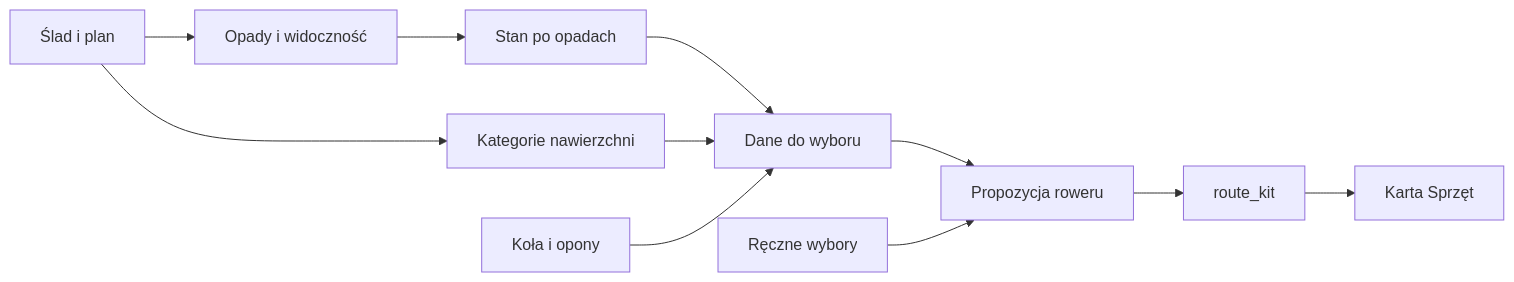
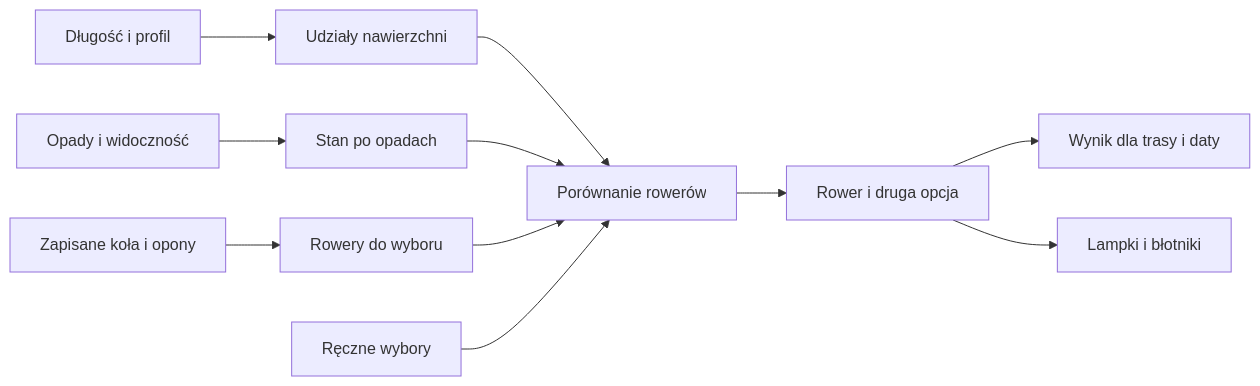
One commit to QbotMS/QbotQ changed the diagram in docs/wiki/garaz/wybor-roweru.md. Above: the diagram before and after it, drawn with Mermaid. The commit also changed other lines of this file and 153 other files, not shown here.

````diff
--- a/docs/wiki/garaz/wybor-roweru.md
+++ b/docs/wiki/garaz/wybor-roweru.md
@@ -29,13 +44,13 @@
 ```mermaid
 flowchart LR
-  Trasa[Ślad i plan] --> Pogoda[Opady i widoczność]
-  Trasa --> Nawierzchnia[Kategorie nawierzchni]
-  Pogoda --> Stan[Stan po opadach]
-  Stan --> Wejscie[Dane do wyboru]
-  Nawierzchnia --> Wejscie
-  Opony[Koła i opony] --> Wejscie
-  Wejscie --> AI[Propozycja roweru]
-  Historia[Ręczne wybory] --> AI
-  AI --> Zapis[route_kit]
-  Zapis --> Widok[Karta Sprzęt]
+  Trasa[Długość i profil] --> Nawierzchnia[Udziały nawierzchni]
+  Opady[Opady i widoczność] --> Stan[Stan po opadach]
+  Opony[Zapisane koła i opony] --> Kandydaci[Rowery do wyboru]
+  Nawierzchnia --> Porownanie[Porównanie rowerów]
+  Stan --> Porownanie
+  Kandydaci --> Porownanie
+  Historia[Ręczne wybory] --> Porownanie
+  Porownanie --> Rekomendacja[Rower i druga opcja]
+  Rekomendacja --> Zapis[Wynik dla trasy i daty]
+  Rekomendacja --> Akcesoria[Lampki i błotniki]
 ```
````
